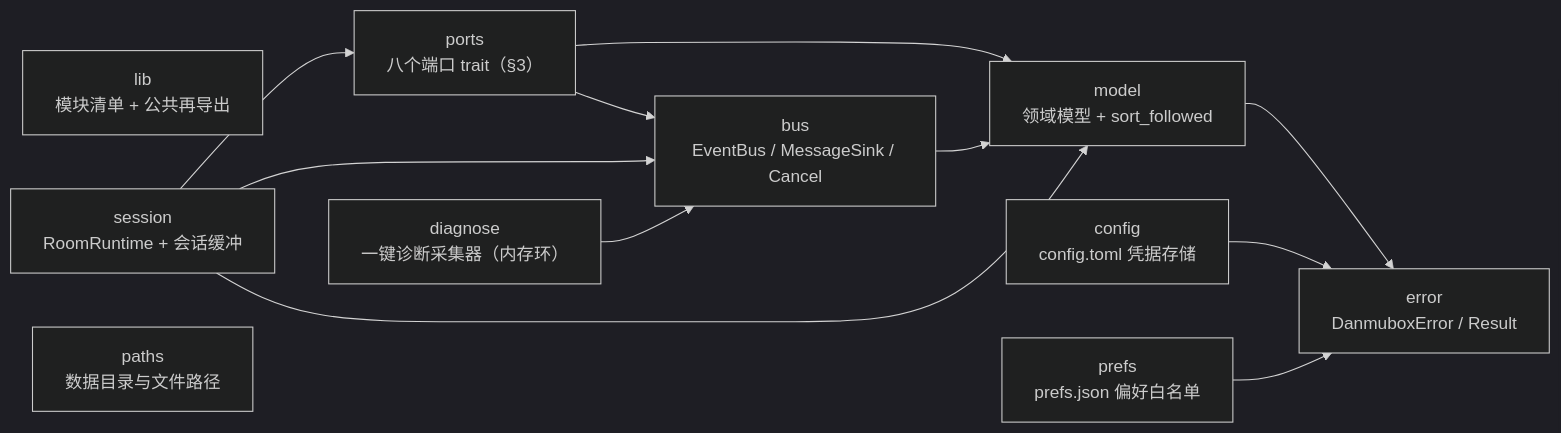
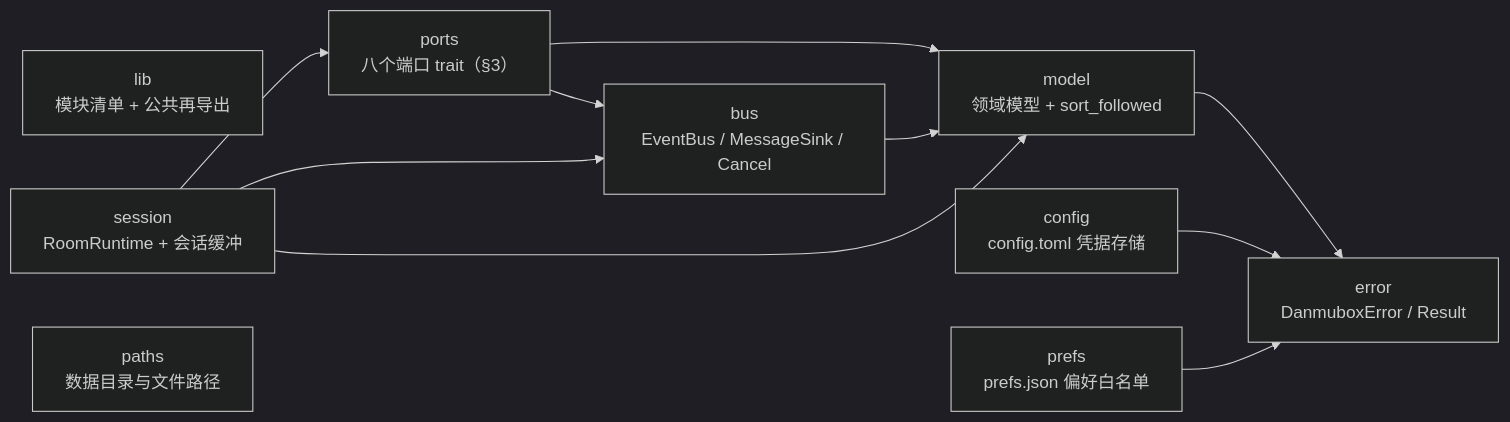
Before and after one commit to HakaseZ/danmubox: the second of 6 diagrams in docs/architecture.md, drawn with Mermaid (dark theme). The commit also changed other lines of this file and 81 other files, not shown here.

First line of the commit message:
feat(workspace): 三端图标、macOS 产物整包签名、刷屏折叠改造、砍掉一键诊断

````diff
--- a/docs/architecture.md
+++ b/docs/architecture.md
@@ -67,24 +67,22 @@
 ```mermaid
 graph LR
   lib["lib<br/>模块清单 + 公共再导出"]
   error["error<br/>DanmuboxError / Result"]
   model["model<br/>领域模型 + sort_followed"]
   ports["ports<br/>八个端口 trait（§3）"]
   bus["bus<br/>EventBus / MessageSink / Cancel"]
   session["session<br/>RoomRuntime + 会话缓冲"]
   paths["paths<br/>数据目录与文件路径"]
   config["config<br/>config.toml 凭据存储"]
   prefs["prefs<br/>prefs.json 偏好白名单"]
-  diagnose["diagnose<br/>一键诊断采集器（内存环）"]
 
   model --> error
   ports --> model
   ports --> bus
   bus --> model
   session --> ports
   session --> bus
   session --> model
   config --> error
   prefs --> error
-  diagnose --> bus
 ```
````
